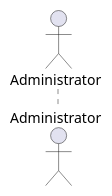
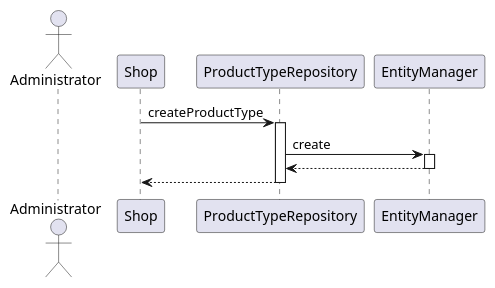
Before and after one commit to mspronesti/ezshop: the fifth of 11 diagrams in Deliverables/DesignDocument.md, drawn with PlantUML. The commit also changed other lines of this file, not shown here.

Commit message:
feat(design): add verification sequence diagrams 1, 2, 3, 4 and 5

````diff
--- a/Deliverables/DesignDocument.md
+++ b/Deliverables/DesignDocument.md
@@ -345,5 +348,16 @@
 ```plantuml
 @startuml
 actor Administrator
+    Shop -> ProductTypeRepository: createProductType
+    activate ProductTypeRepository
+
+    ProductTypeRepository -> EntityManager: create
+    activate EntityManager
+
+    EntityManager --> ProductTypeRepository
+    deactivate EntityManager
+
+    ProductTypeRepository --> Shop
+    deactivate ProductTypeRepository
 @enduml
 ```
````
